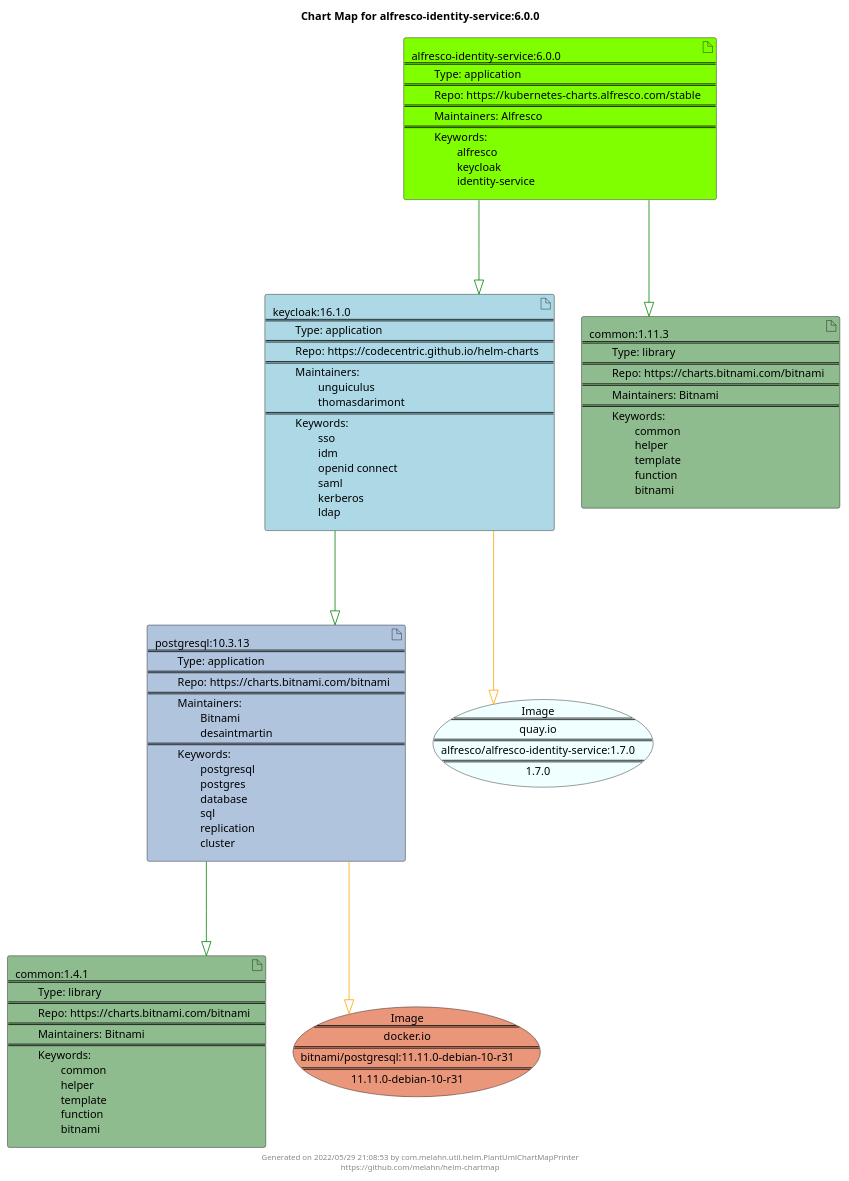
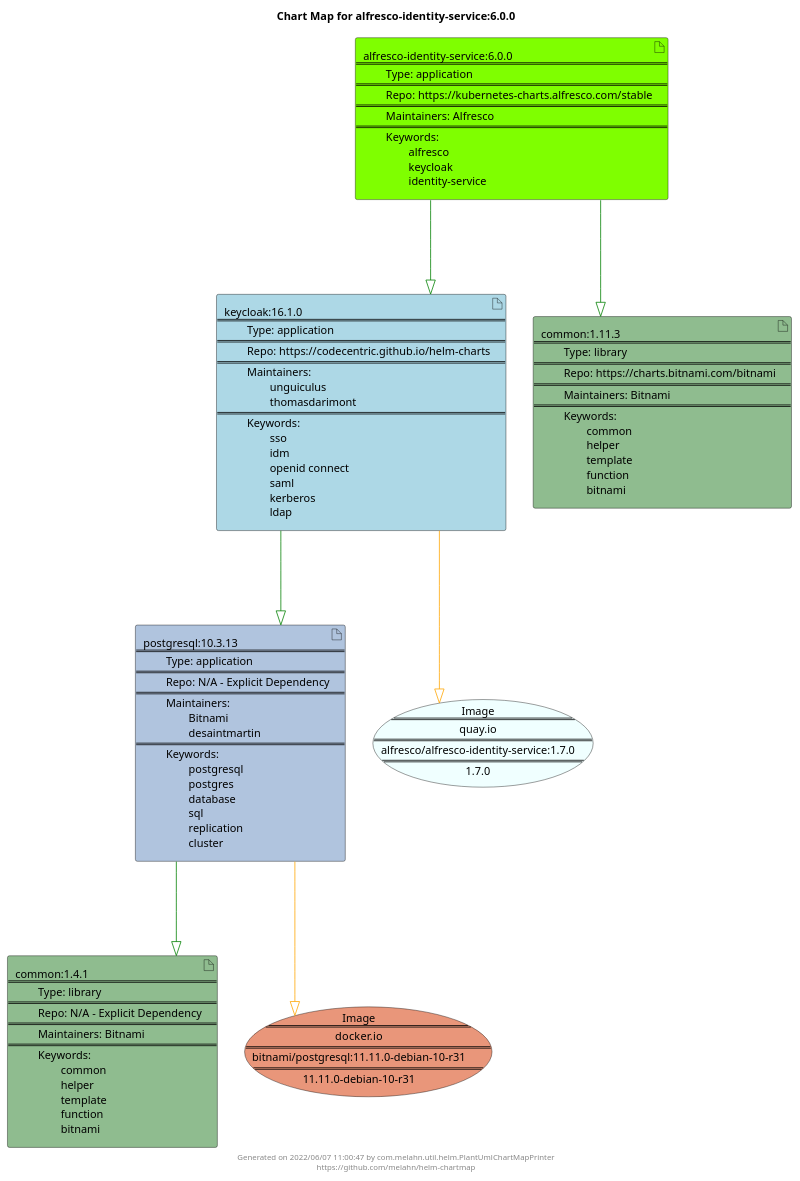
Before and after one commit to melahn/helm-chartmap: the diagram in docs/alfresco-identity-service/alfresco-identity-service-6.0.0.puml, drawn with PlantUML. The commit also changed 62 other files, not shown here.

Commit message:
Update Example Chart Maps as part of GitHub build

```diff
--- a/docs/alfresco-identity-service/alfresco-identity-service-6.0.0.puml
+++ b/docs/alfresco-identity-service/alfresco-identity-service-6.0.0.puml
@@ -1,31 +1,31 @@
 @startuml
 skinparam linetype ortho
 skinparam backgroundColor white
 skinparam usecaseBorderColor black
 skinparam usecaseArrowColor LightSlateGray
 skinparam artifactBorderColor black
 skinparam artifactArrowColor LightSlateGray
 
 title Chart Map for alfresco-identity-service:6.0.0
 
 'There are 5 referenced Helm Charts
-artifact "common:1.4.1\n====\n\tType: library\n====\n\tRepo: https://charts.bitnami.com/bitnami\n====\n\tMaintainers: Bitnami\n====\n\tKeywords: \n\t\tcommon\n\t\thelper\n\t\ttemplate\n\t\tfunction\n\t\tbitnami" as common_1_4_1 #DarkSeaGreen
+artifact "common:1.4.1\n====\n\tType: library\n====\n\tRepo: N/A - Explicit Dependency\n====\n\tMaintainers: Bitnami\n====\n\tKeywords: \n\t\tcommon\n\t\thelper\n\t\ttemplate\n\t\tfunction\n\t\tbitnami" as common_1_4_1 #DarkSeaGreen
 artifact "keycloak:16.1.0\n====\n\tType: application\n====\n\tRepo: https://codecentric.github.io/helm-charts\n====\n\tMaintainers: \n\t\tunguiculus\n\t\tthomasdarimont\n====\n\tKeywords: \n\t\tsso\n\t\tidm\n\t\topenid connect\n\t\tsaml\n\t\tkerberos\n\t\tldap" as keycloak_16_1_0 #LightBlue
-artifact "postgresql:10.3.13\n====\n\tType: application\n====\n\tRepo: https://charts.bitnami.com/bitnami\n====\n\tMaintainers: \n\t\tBitnami\n\t\tdesaintmartin\n====\n\tKeywords: \n\t\tpostgresql\n\t\tpostgres\n\t\tdatabase\n\t\tsql\n\t\treplication\n\t\tcluster" as postgresql_10_3_13 #LightSteelBlue
+artifact "postgresql:10.3.13\n====\n\tType: application\n====\n\tRepo: N/A - Explicit Dependency\n====\n\tMaintainers: \n\t\tBitnami\n\t\tdesaintmartin\n====\n\tKeywords: \n\t\tpostgresql\n\t\tpostgres\n\t\tdatabase\n\t\tsql\n\t\treplication\n\t\tcluster" as postgresql_10_3_13 #LightSteelBlue
 artifact "alfresco-identity-service:6.0.0\n====\n\tType: application\n====\n\tRepo: https://kubernetes-charts.alfresco.com/stable\n====\n\tMaintainers: Alfresco\n====\n\tKeywords: \n\t\talfresco\n\t\tkeycloak\n\t\tidentity-service" as alfresco_identity_service_6_0_0 #Chartreuse
 artifact "common:1.11.3\n====\n\tType: library\n====\n\tRepo: https://charts.bitnami.com/bitnami\n====\n\tMaintainers: Bitnami\n====\n\tKeywords: \n\t\tcommon\n\t\thelper\n\t\ttemplate\n\t\tfunction\n\t\tbitnami" as common_1_11_3 #DarkSeaGreen
 
 'There are 2 referenced Docker Images
 usecase "Image\n====\nquay.io\n====\nalfresco/alfresco-identity-service:1.7.0\n====\n1.7.0" as quay_io_alfresco_alfresco_identity_service_1_7_0 #Azure
 usecase "Image\n====\ndocker.io\n====\nbitnami/postgresql:11.11.0-debian-10-r31\n====\n11.11.0-debian-10-r31" as docker_io_bitnami_postgresql_11_11_0_debian_10_r31 #DarkSalmon
 
 'Chart Dependencies
 alfresco_identity_service_6_0_0--[#green]-|>common_1_11_3
 alfresco_identity_service_6_0_0--[#green]-|>keycloak_16_1_0
 keycloak_16_1_0--[#green]-|>postgresql_10_3_13
 postgresql_10_3_13--[#green]-|>common_1_4_1
 keycloak_16_1_0--[#orange]-|>quay_io_alfresco_alfresco_identity_service_1_7_0
 postgresql_10_3_13--[#orange]-|>docker_io_bitnami_postgresql_11_11_0_debian_10_r31
 
-center footer Generated on 2022/05/29 21:08:53 by com.melahn.util.helm.PlantUmlChartMapPrinter\nhttps://github.com/melahn/helm-chartmap
+center footer Generated on 2022/06/07 11:00:47 by com.melahn.util.helm.PlantUmlChartMapPrinter\nhttps://github.com/melahn/helm-chartmap
 @enduml
```
